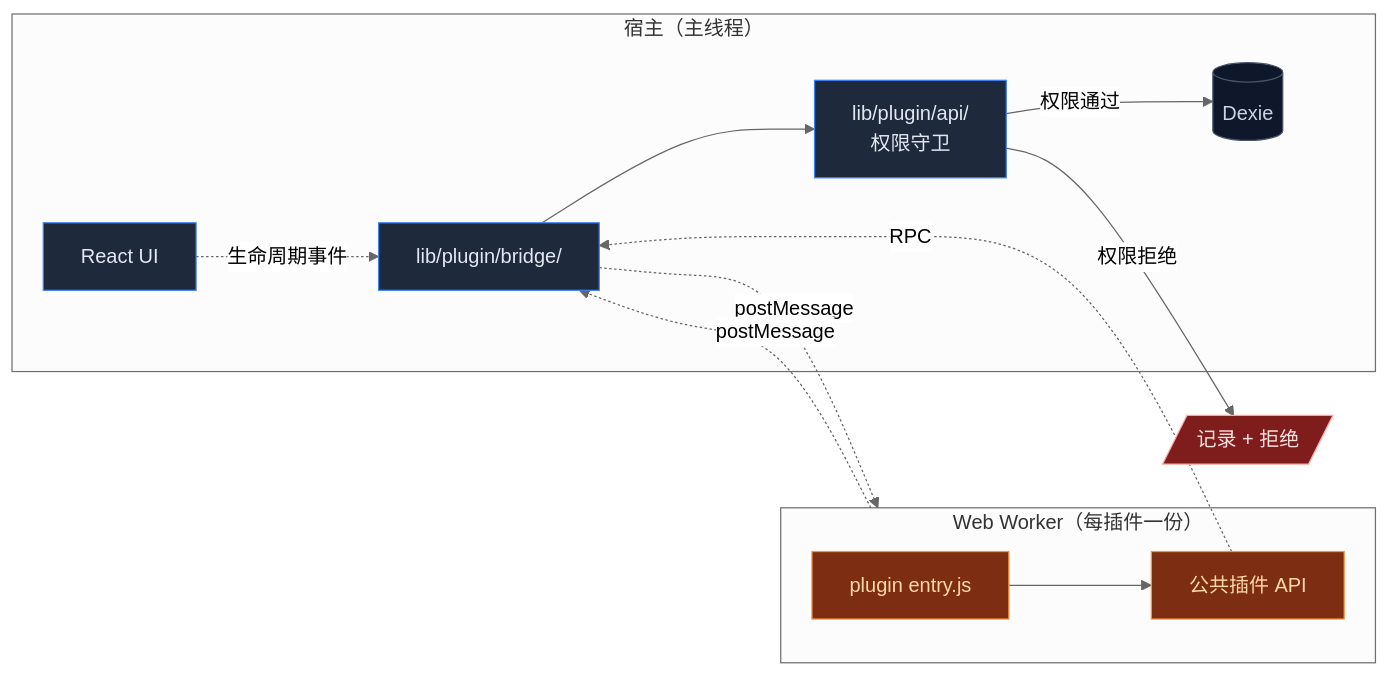
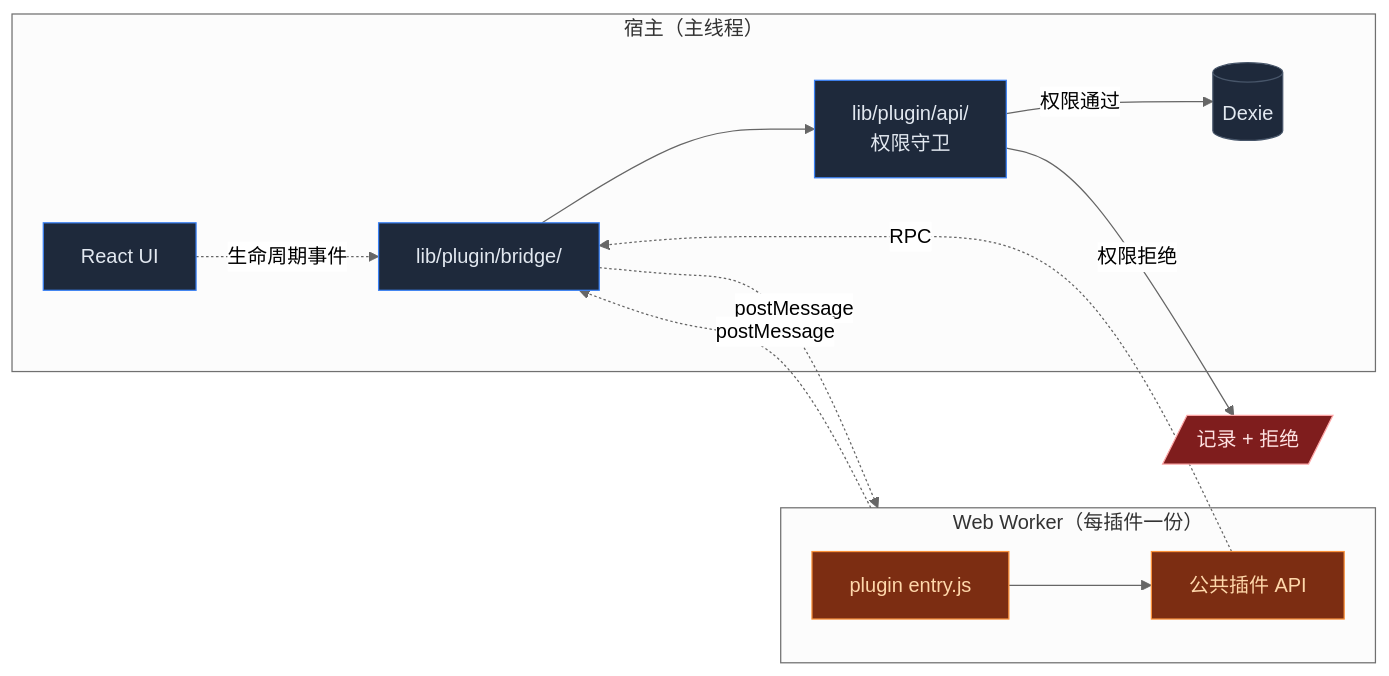
One commit to MaxQian888/cognia-next changed the first of 2 diagrams in docs/content/docs/zh/plugin-system.mdx. Above: the diagram before and after it, drawn with Mermaid (neutral theme). The commit also changed other lines of this file and 211 other files, not shown here.

````diff
--- a/docs/content/docs/zh/plugin-system.mdx
+++ b/docs/content/docs/zh/plugin-system.mdx
@@ -142,32 +155,32 @@
 ```mermaid
 flowchart LR
   subgraph Host["宿主（主线程）"]
     UI[React UI]
     Bridge[lib/plugin/bridge/]
     API[lib/plugin/api/<br/>权限守卫]
     Dexie[(Dexie)]
   end
 
   subgraph Worker["Web Worker（每插件一份）"]
     PluginCode[plugin entry.js]
     PublicAPI[公共插件 API]
   end
 
   UI -.生命周期事件.-> Bridge
   Bridge -.postMessage.-> Worker
   Worker -.postMessage.-> Bridge
   PluginCode --> PublicAPI
   PublicAPI -.RPC.-> Bridge
   Bridge --> API
   API -->|权限通过| Dexie
   API -->|权限拒绝| Reject[/记录 + 拒绝/]
 
   classDef host fill:#1e293b,stroke:#3b82f6,color:#e2e8f0
   classDef worker fill:#7c2d12,stroke:#fb923c,color:#fed7aa
-  classDef store fill:#0f172a,stroke:#475569,color:#cbd5e1
+  classDef store fill:#1e293b,stroke:#475569,color:#e2e8f0
   classDef reject fill:#7f1d1d,stroke:#fca5a5,color:#fee2e2
   class UI,Bridge,API host
   class PluginCode,PublicAPI worker
   class Dexie store
   class Reject reject
 ```
````
